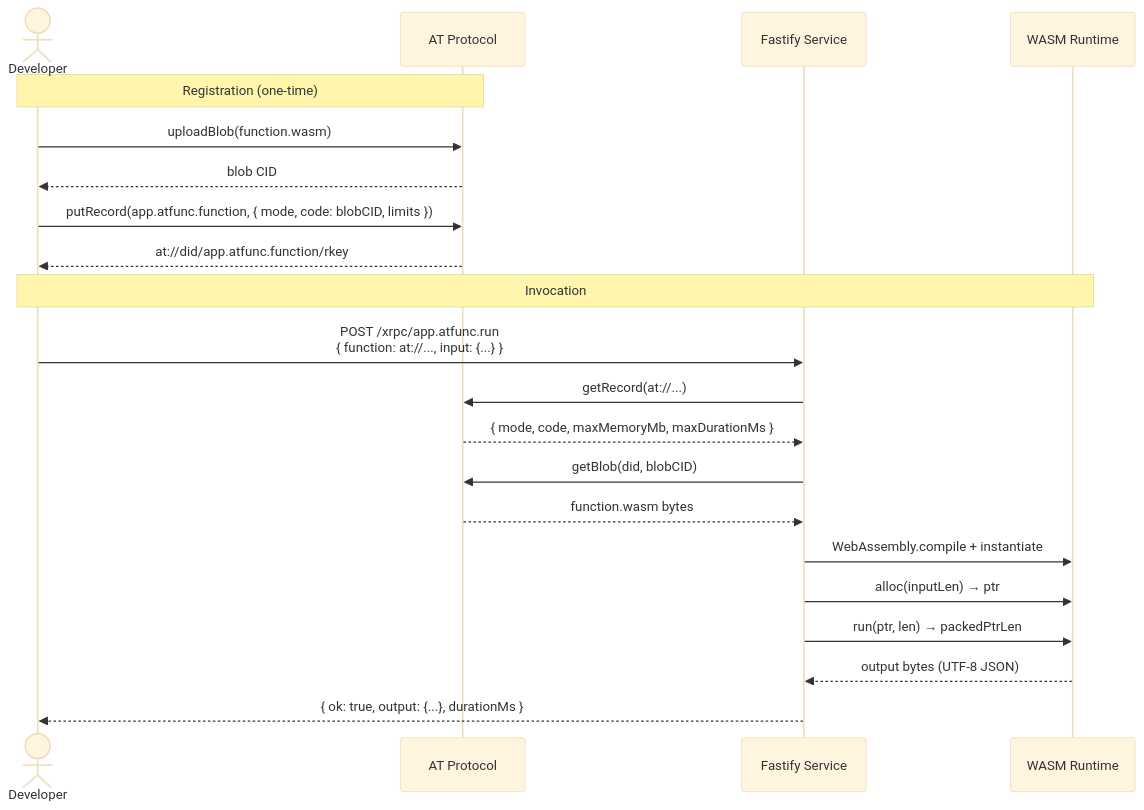
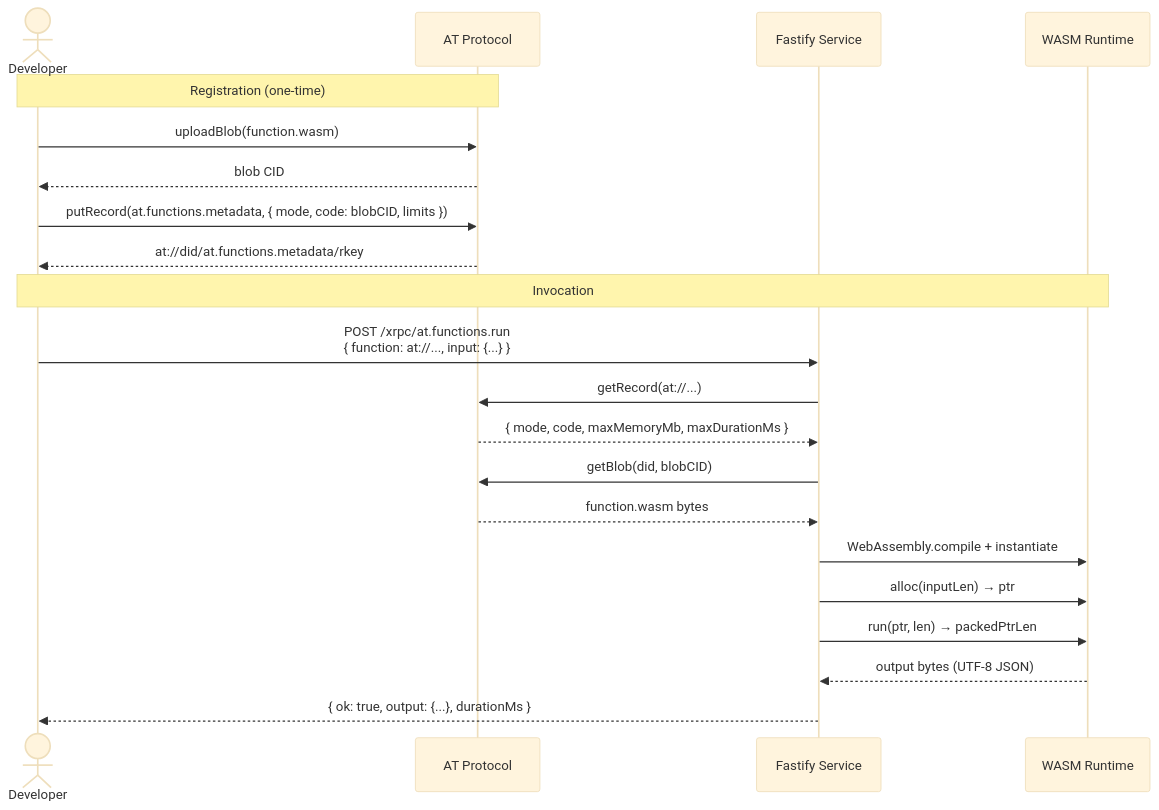
One commit to avivash/at-functions changed the first of 2 diagrams in README.md. Above: the diagram before and after it, drawn with Mermaid (base theme). The commit also changed other lines of this file and 10 other files, not shown here.

````diff
--- a/README.md
+++ b/README.md
@@ -11,25 +11,25 @@
 ```mermaid
 sequenceDiagram
     actor Dev as Developer
     participant ATP as AT Protocol
     participant FS as Fastify Service
     participant WM as WASM Runtime
 
     Note over Dev,ATP: Registration (one-time)
     Dev->>ATP: uploadBlob(function.wasm)
     ATP-->>Dev: blob CID
-    Dev->>ATP: putRecord(app.atfunc.function, { mode, code: blobCID, limits })
-    ATP-->>Dev: at://did/app.atfunc.function/rkey
+    Dev->>ATP: putRecord(at.functions.metadata, { mode, code: blobCID, limits })
+    ATP-->>Dev: at://did/at.functions.metadata/rkey
 
     Note over Dev,WM: Invocation
-    Dev->>FS: POST /xrpc/app.atfunc.run<br/>{ function: at://..., input: {...} }
+    Dev->>FS: POST /xrpc/at.functions.run<br/>{ function: at://..., input: {...} }
     FS->>ATP: getRecord(at://...)
     ATP-->>FS: { mode, code, maxMemoryMb, maxDurationMs }
     FS->>ATP: getBlob(did, blobCID)
     ATP-->>FS: function.wasm bytes
     FS->>WM: WebAssembly.compile + instantiate
     FS->>WM: alloc(inputLen) → ptr
     FS->>WM: run(ptr, len) → packedPtrLen
     WM-->>FS: output bytes (UTF-8 JSON)
     FS-->>Dev: { ok: true, output: {...}, durationMs }
 ```
````
